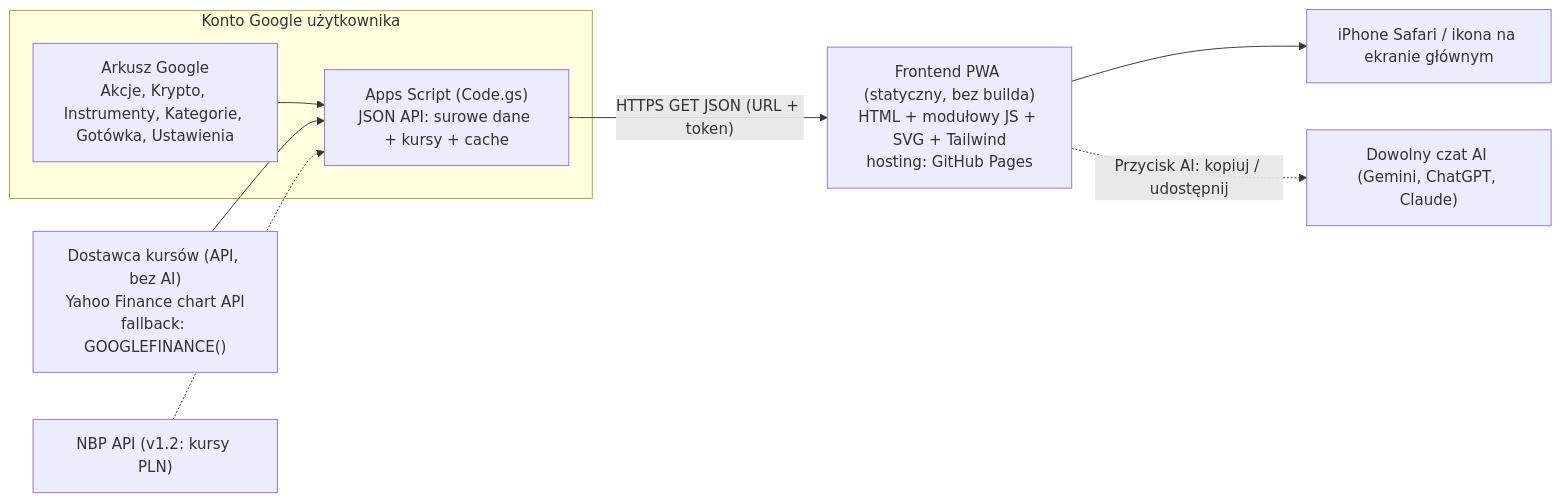
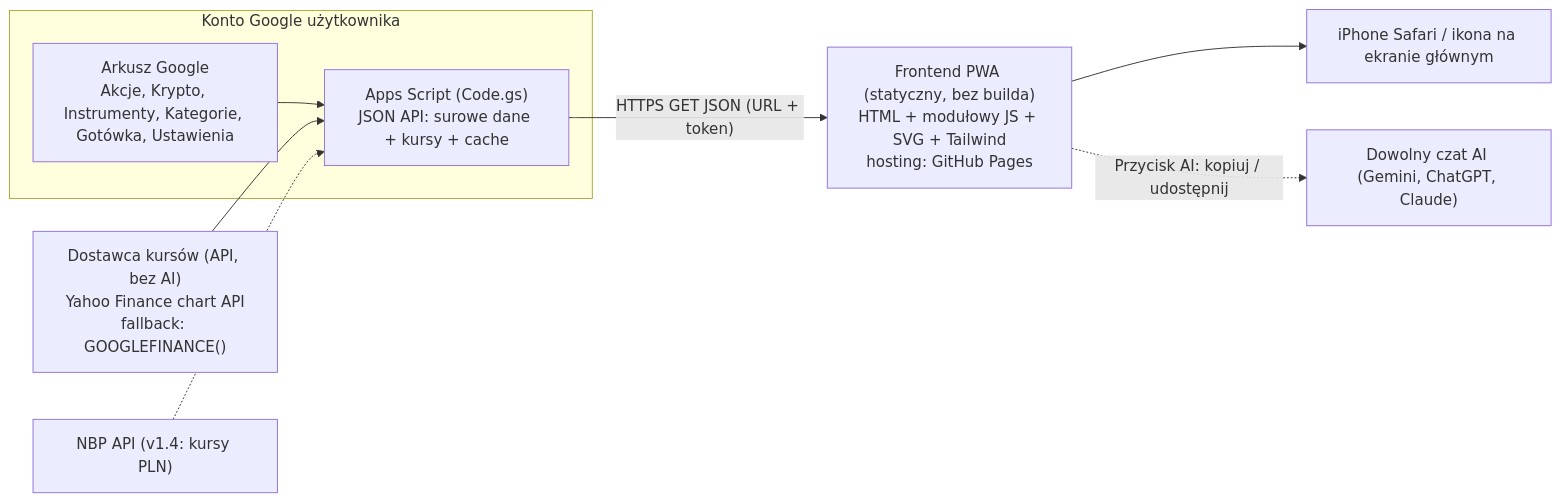
One commit to ptkacz/myMarket changed the diagram in docs/PRD.md. Above: the diagram before and after it, drawn with Mermaid. The commit also changed other lines of this file and 9 other files, not shown here.

````diff
--- a/docs/PRD.md
+++ b/docs/PRD.md
@@ -43,13 +44,13 @@
 ```mermaid
 flowchart LR
   subgraph Google["Konto Google użytkownika"]
     S["Arkusz Google<br/>Akcje, Krypto, Instrumenty, Kategorie, Gotówka, Ustawienia"]
     A["Apps Script (Code.gs)<br/>JSON API: surowe dane + kursy + cache"]
     S --> A
   end
   Q["Dostawca kursów (API, bez AI)<br/>Yahoo Finance chart API<br/>fallback: GOOGLEFINANCE()"] --> A
-  N["NBP API (v1.2: kursy PLN)"] -.-> A
+  N["NBP API (v1.4: kursy PLN)"] -.-> A
   A -- "HTTPS GET JSON (URL + token)" --> F["Frontend PWA (statyczny, bez builda)<br/>HTML + modułowy JS + SVG + Tailwind<br/>hosting: GitHub Pages"]
   F --> I["iPhone Safari / ikona na ekranie głównym"]
   F -. "Przycisk AI: kopiuj / udostępnij" .-> AI["Dowolny czat AI (Gemini, ChatGPT, Claude)"]
 ```
````
